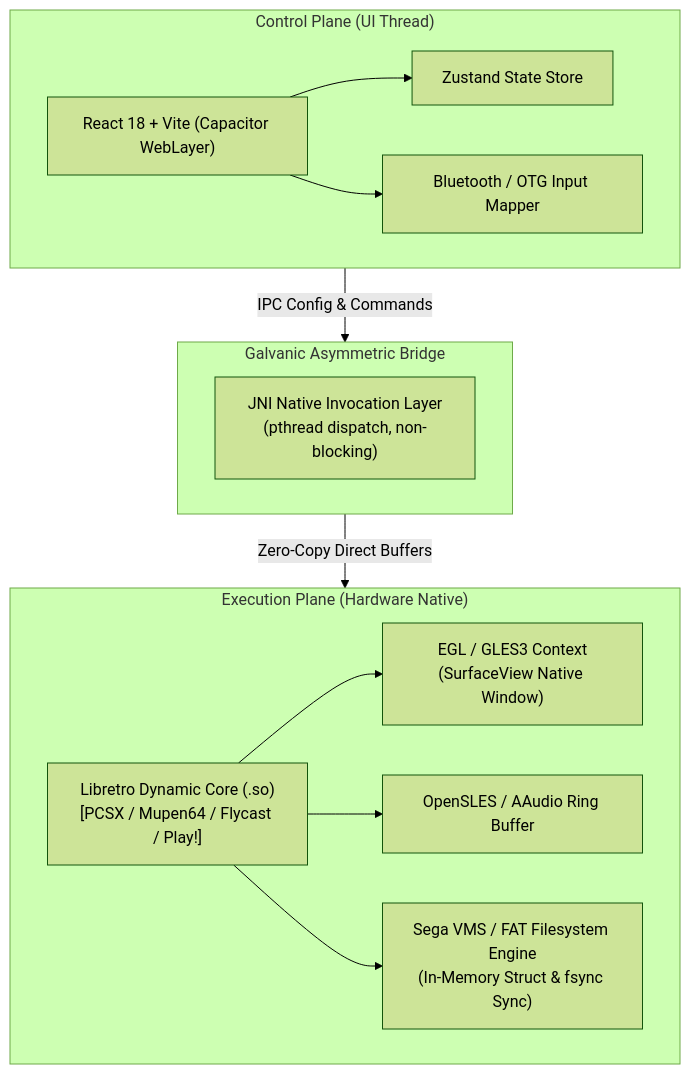
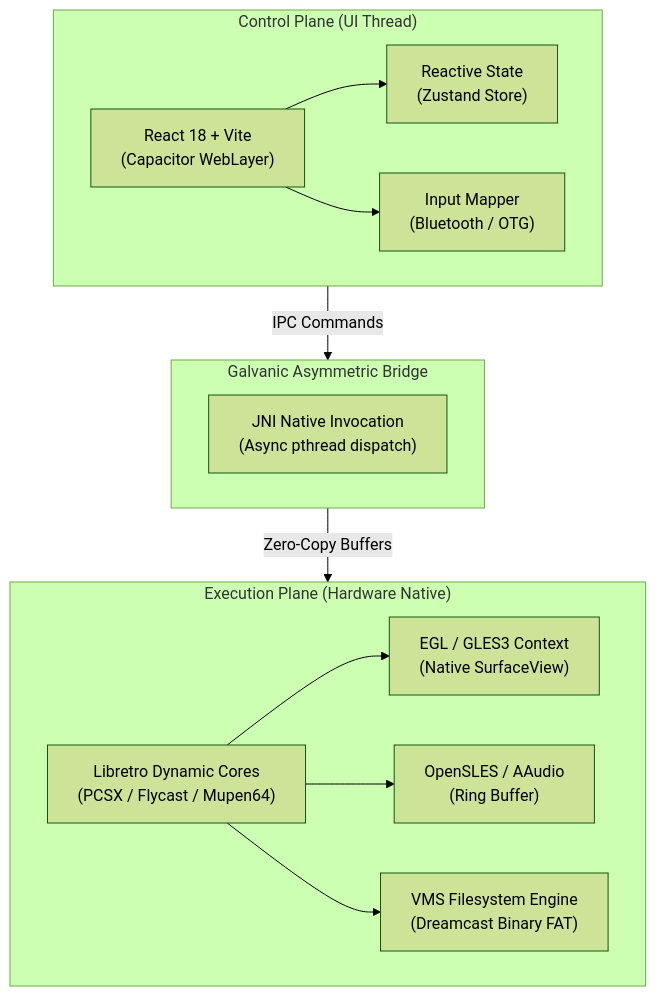
Before and after one commit to welzim19-star/capivara-emu: the diagram in README.md, drawn with Mermaid (forest theme). The commit also changed 2 other files, not shown here.

Commit message:
fix(diagram): format node labels with br and optimize label widths to eliminate text clipping

````diff
--- a/README.md
+++ b/README.md
@@ -24,28 +24,28 @@
 ```mermaid
 flowchart TD
     subgraph UI_PLANE["Control Plane (UI Thread)"]
-        UI["React 18 + Vite (Capacitor WebLayer)"]
-        State["Zustand State Store"]
-        BT["Bluetooth / OTG Input Mapper"]
+        UI["React 18 + Vite<br/>(Capacitor WebLayer)"]
+        State["Reactive State<br/>(Zustand Store)"]
+        BT["Input Mapper<br/>(Bluetooth / OTG)"]
         UI --> State
         UI --> BT
     end
 
     subgraph JNI_BRIDGE["Galvanic Asymmetric Bridge"]
-        Bridge["JNI Native Invocation Layer<br/>(pthread dispatch, non-blocking)"]
+        Bridge["JNI Native Invocation<br/>(Async pthread dispatch)"]
     end
 
     subgraph ENGINE_PLANE["Execution Plane (Hardware Native)"]
-        Core["Libretro Dynamic Core (.so)<br/>[PCSX / Mupen64 / Flycast / Play!]"]
-        EGL["EGL / GLES3 Context<br/>(SurfaceView Native Window)"]
-        Audio["OpenSLES / AAudio Ring Buffer"]
-        VMS["Sega VMS / FAT Filesystem Engine<br/>(In-Memory Struct & fsync Sync)"]
+        Core["Libretro Dynamic Cores<br/>(PCSX / Flycast / Mupen64)"]
+        EGL["EGL / GLES3 Context<br/>(Native SurfaceView)"]
+        Audio["OpenSLES / AAudio<br/>(Ring Buffer)"]
+        VMS["VMS Filesystem Engine<br/>(Dreamcast Binary FAT)"]
         
         Core --> EGL
         Core --> Audio
         Core --> VMS
     end
 
-    UI_PLANE -- "IPC Config & Commands" --> JNI_BRIDGE
-    JNI_BRIDGE -- "Zero-Copy Direct Buffers" --> ENGINE_PLANE
+    UI_PLANE -- "IPC Commands" --> JNI_BRIDGE
+    JNI_BRIDGE -- "Zero-Copy Buffers" --> ENGINE_PLANE
 ```
````
